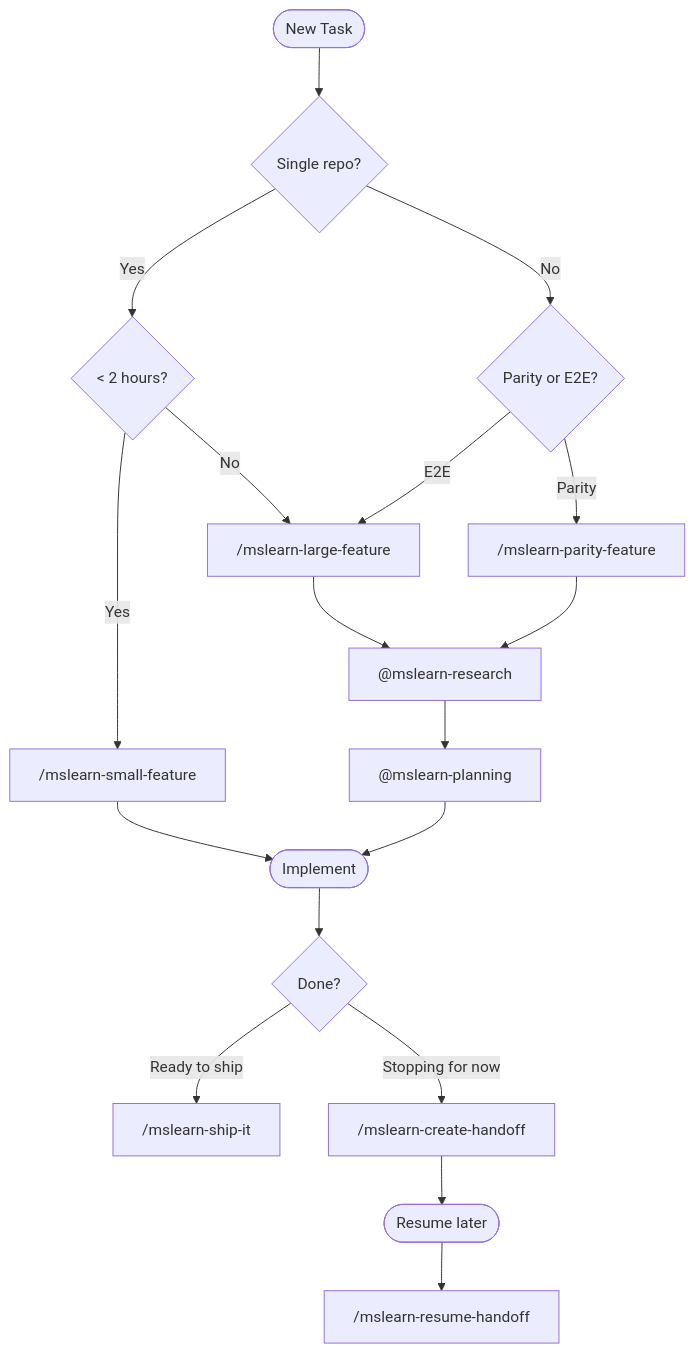
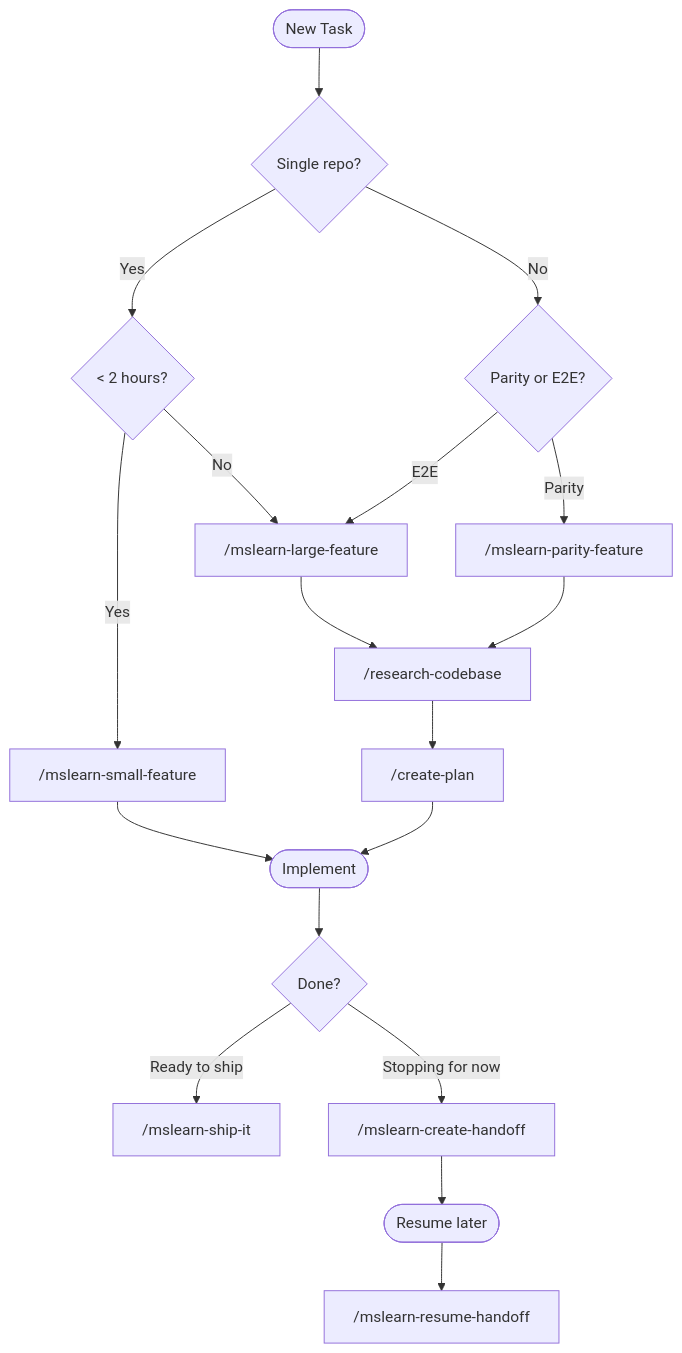
The third of 4 diagrams in README.md (jwmunn/copilot-config), drawn with Mermaid before and after one commit. The commit also changed other lines of this file and 2 other files, not shown here.

````diff
--- a/README.md
+++ b/README.md
@@ -174,23 +190,23 @@
 ```mermaid
 flowchart TD
     START([New Task]) --> Q1{Single repo?}
     Q1 --> |Yes| Q2{< 2 hours?}
     Q1 --> |No| Q3{Parity or E2E?}
     
     Q2 --> |Yes| SF["/mslearn-small-feature"]
     Q2 --> |No| LF["/mslearn-large-feature"]
     
     Q3 --> |Parity| PF["/mslearn-parity-feature"]
     Q3 --> |E2E| LF
     
     SF --> IMPL([Implement])
-    LF --> RES["@mslearn-research"] --> PLAN["@mslearn-planning"] --> IMPL
+    LF --> RES["/research-codebase"] --> PLAN["/create-plan"] --> IMPL
     PF --> RES
     
     IMPL --> DONE{Done?}
     DONE --> |"Ready to ship"| SHIP["/mslearn-ship-it"]
     DONE --> |"Stopping for now"| HO["/mslearn-create-handoff"]
     
     HO --> LATER([Resume later])
     LATER --> RESUME["/mslearn-resume-handoff"]
 ```
````
